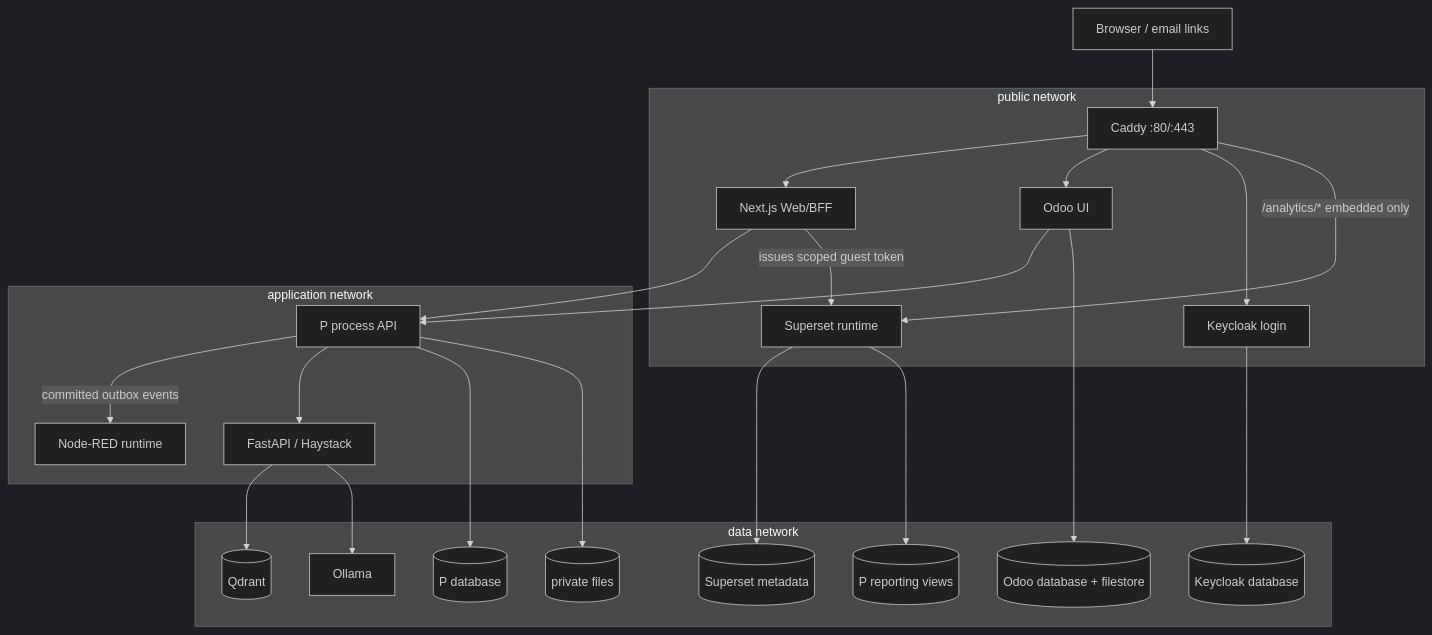
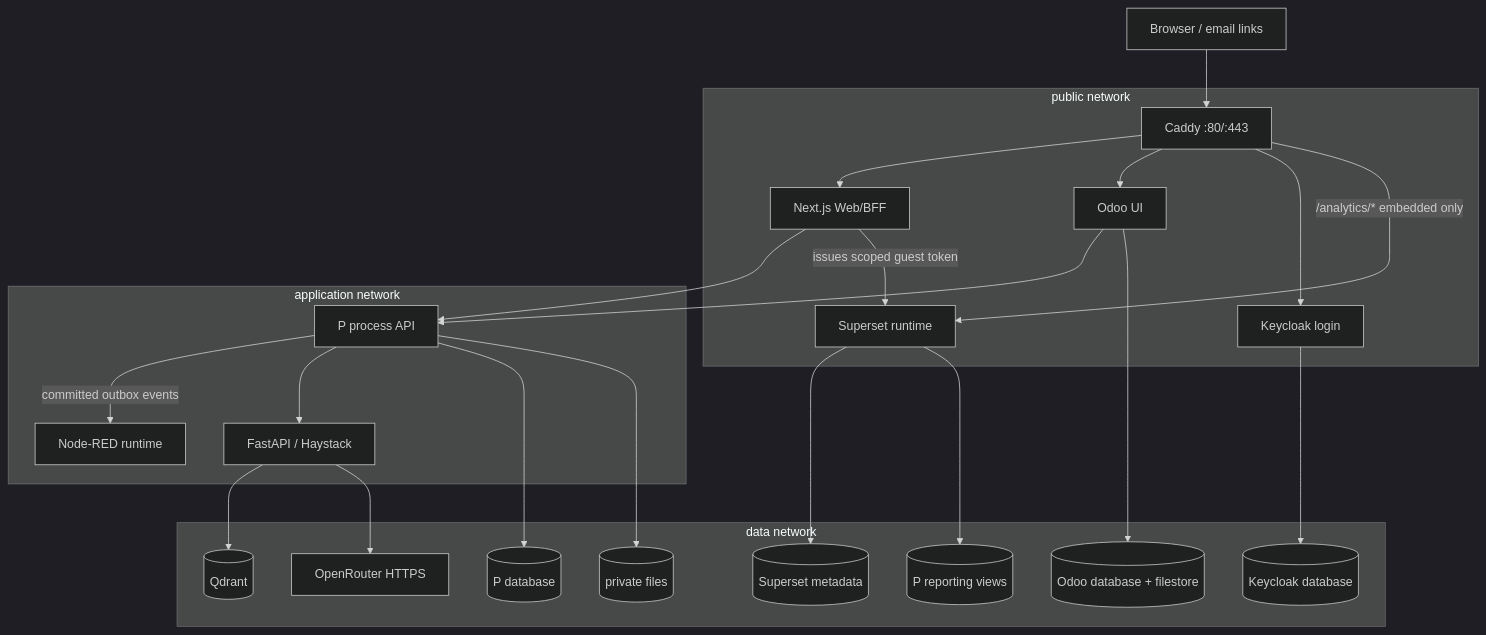
Before and after one commit to giao26/DX-LAB: the second of 3 diagrams in _bmad-output/planning-artifacts/architecture/architecture-DX-LAB-2026-09-19/ARCHITECTURE-SPINE.md, drawn with Mermaid (dark theme). The commit also changed other lines of this file and 30 other files, not shown here.

Commit message:
feat(ai): replace Ollama runtime with OpenRouter adapter

````diff
--- a/_bmad-output/planning-artifacts/architecture/architecture-DX-LAB-2026-09-19/ARCHITECTURE-SPINE.md
+++ b/_bmad-output/planning-artifacts/architecture/architecture-DX-LAB-2026-09-19/ARCHITECTURE-SPINE.md
@@ -262,27 +262,27 @@
 ```mermaid
 flowchart TB
   INTERNET[Browser / email links] --> CADDY[Caddy :80/:443]
   subgraph PUBLIC[public network]
     CADDY --> WEB[Next.js Web/BFF]
     CADDY --> ODOO[Odoo UI]
     CADDY --> KC[Keycloak login]
     CADDY -->|/analytics/* embedded only| SUPER[Superset runtime]
   end
   subgraph APP[application network]
     WEB --> P[P process API]
     ODOO --> P
     P -->|committed outbox events| NR[Node-RED runtime]
     P --> AI[FastAPI / Haystack]
     WEB -->|issues scoped guest token| SUPER
   end
   subgraph DATA[data network]
     P --> PDB[(P database)]
     P --> FILES[(private files)]
     ODOO --> ODB[(Odoo database + filestore)]
     KC --> KDB[(Keycloak database)]
     SUPER --> SDB[(Superset metadata)]
     SUPER --> REPORT[(P reporting views)]
     AI --> Q[(Qdrant)]
-    AI --> LLM[Ollama]
+    AI --> LLM[OpenRouter HTTPS]
   end
 ```
````
